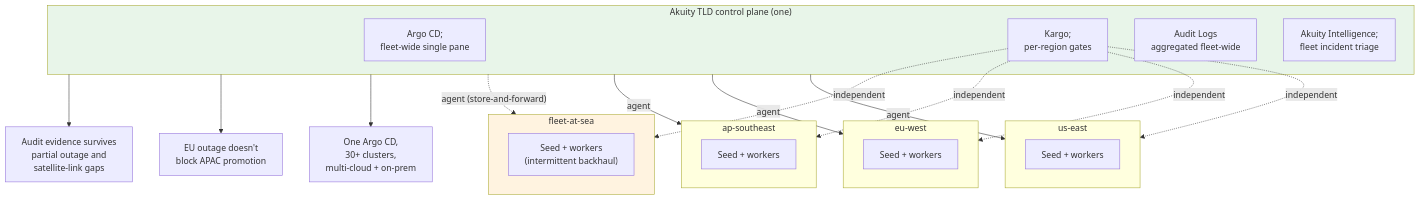
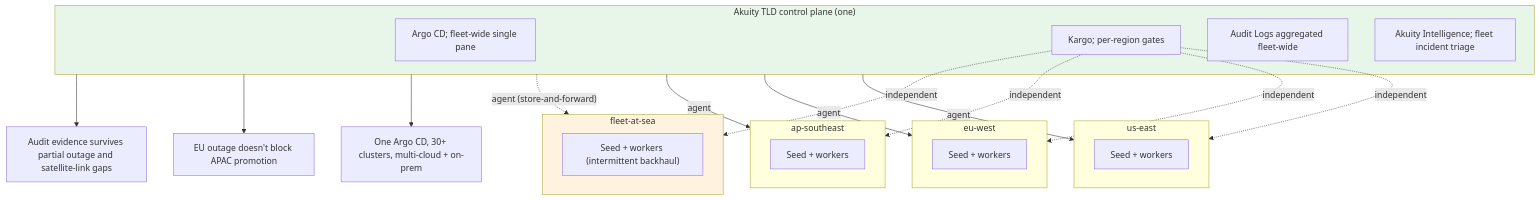
The tenth of 10 diagrams in docs/diagrams.md (Cliftonz/akuity-deployment-examples), drawn with Mermaid before and after one commit. The commit also changed other lines of this file, not shown here.

Commit message:
docs/diagrams: drop <br/> tags from mermaid node labels

````diff
--- a/docs/diagrams.md
+++ b/docs/diagrams.md
@@ -338,39 +338,39 @@
 ```mermaid
 flowchart TB
     subgraph TLDBuy["Akuity TLD control plane (one)"]
-        ArgoT["Argo CD;<br/>fleet-wide single pane"]
-        KargoT["Kargo;<br/>per-region gates"]
-        AuditT["Audit Logs<br/>aggregated fleet-wide"]
-        IntelT["Akuity Intelligence;<br/>fleet incident triage"]
+        ArgoT["Argo CD; fleet-wide single pane"]
+        KargoT["Kargo; per-region gates"]
+        AuditT["Audit Logs aggregated fleet-wide"]
+        IntelT["Akuity Intelligence; fleet incident triage"]
     end
 
     subgraph US["us-east"]
         SeedUS["Seed + workers"]
     end
     subgraph EU["eu-west"]
         SeedEU["Seed + workers"]
     end
     subgraph AP["ap-southeast"]
         SeedAP["Seed + workers"]
     end
     subgraph Sea["fleet-at-sea"]
-        SeedSea["Seed + workers<br/>(intermittent backhaul)"]
+        SeedSea["Seed + workers (intermittent backhaul)"]
     end
 
     TLDBuy -->|agent| US
     TLDBuy -->|agent| EU
     TLDBuy -->|agent| AP
     TLDBuy -.->|"agent (store-and-forward)"| Sea
 
     KargoT -. independent .-> US
     KargoT -. independent .-> EU
     KargoT -. independent .-> AP
     KargoT -. independent .-> Sea
 
-    TLDBuy --> Win1["One Argo CD,<br/>30+ clusters,<br/>multi-cloud + on-prem"]
-    TLDBuy --> Win2["EU outage doesn't<br/>block APAC promotion"]
-    TLDBuy --> Win3["Audit evidence survives<br/>partial outage and<br/>satellite-link gaps"]
+    TLDBuy --> Win1["One Argo CD, 30+ clusters, multi-cloud + on-prem"]
+    TLDBuy --> Win2["EU outage doesn't block APAC promotion"]
+    TLDBuy --> Win3["Audit evidence survives partial outage and satellite-link gaps"]
 
     style TLDBuy fill:#e8f5e9
     style Sea fill:#fff3e0
 ```
````
